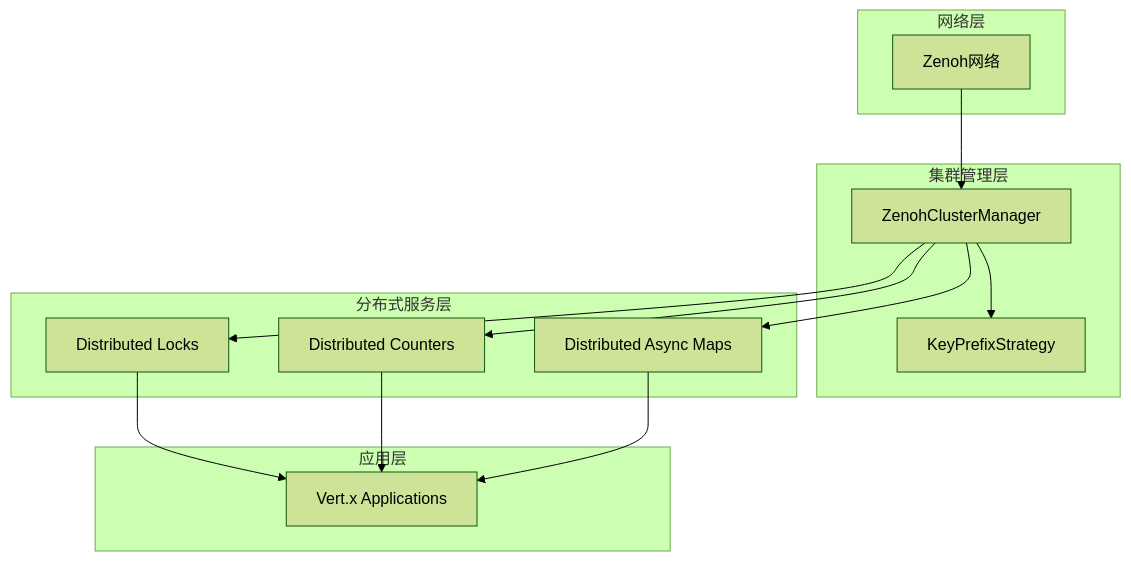
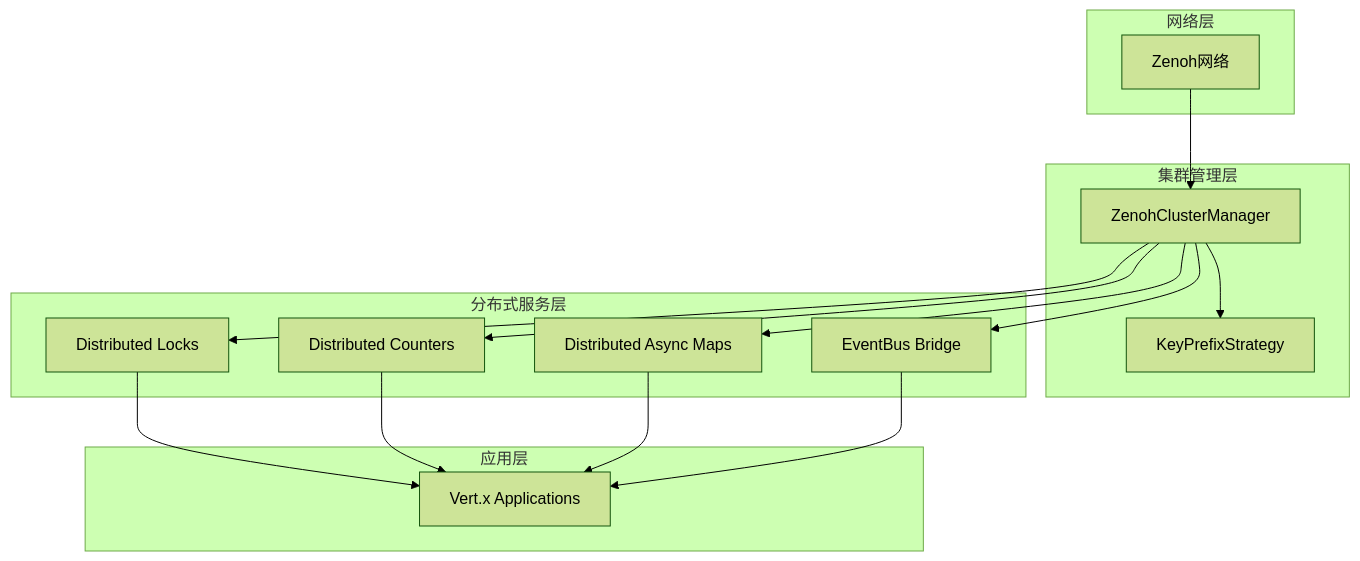
The second of 19 diagrams in .qoder/repowiki/zh/content/分布式功能实现.md (ossworker/vertx-starter), drawn with Mermaid (forest theme) before and after one commit. The commit also changed other lines of this file and 7 other files, not shown here.

````diff
--- a/.qoder/repowiki/zh/content/分布式功能实现.md
+++ b/.qoder/repowiki/zh/content/分布式功能实现.md
@@ -110,26 +147,29 @@
 ```mermaid
 graph TB
 subgraph "网络层"
 Z[Zenoh网络]
 end
 subgraph "集群管理层"
 CM[ZenohClusterManager]
 KPS[KeyPrefixStrategy]
 end
 subgraph "分布式服务层"
 DL[Distributed Locks]
 DC[Distributed Counters]
 DAM[Distributed Async Maps]
+EB[EventBus Bridge]
 end
 subgraph "应用层"
 APP[Vert.x Applications]
 end
 Z --> CM
 CM --> KPS
 CM --> DL
 CM --> DC
 CM --> DAM
+CM --> EB
 DL --> APP
 DC --> APP
 DAM --> APP
+EB --> APP
 ```
````
